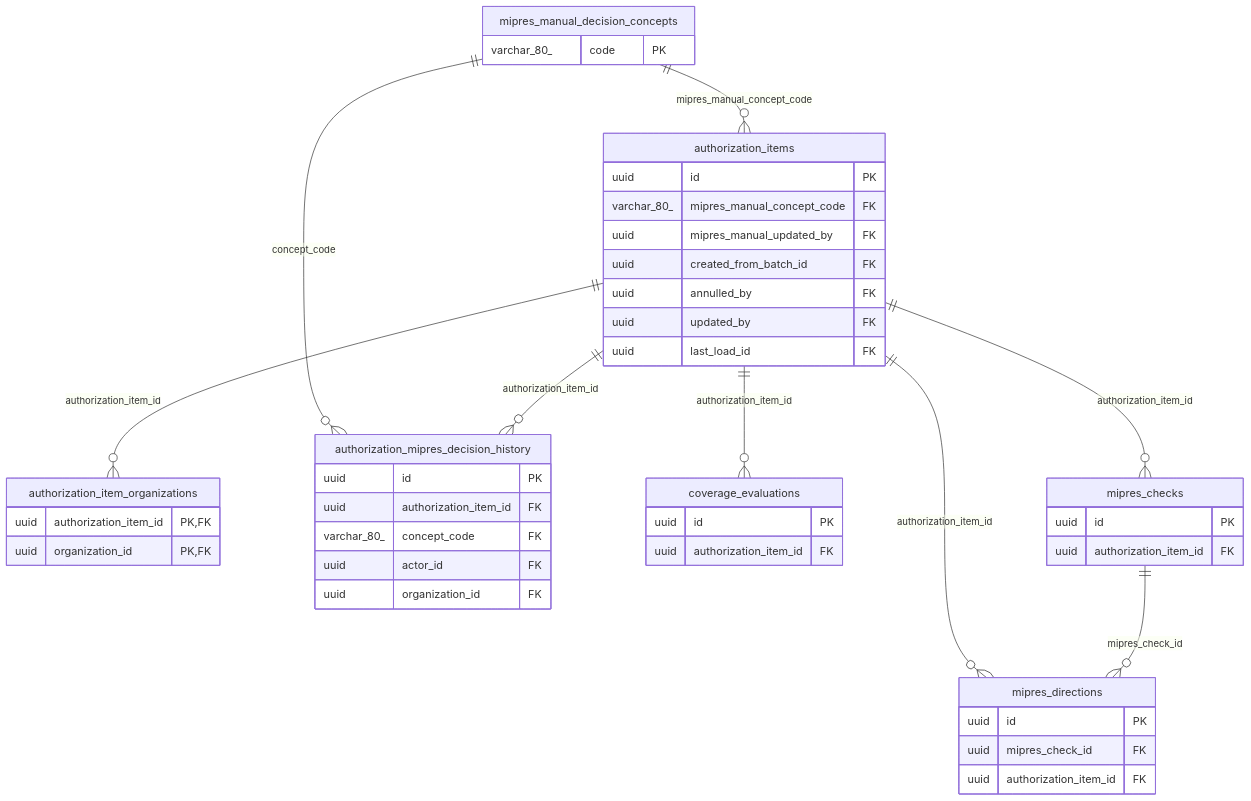
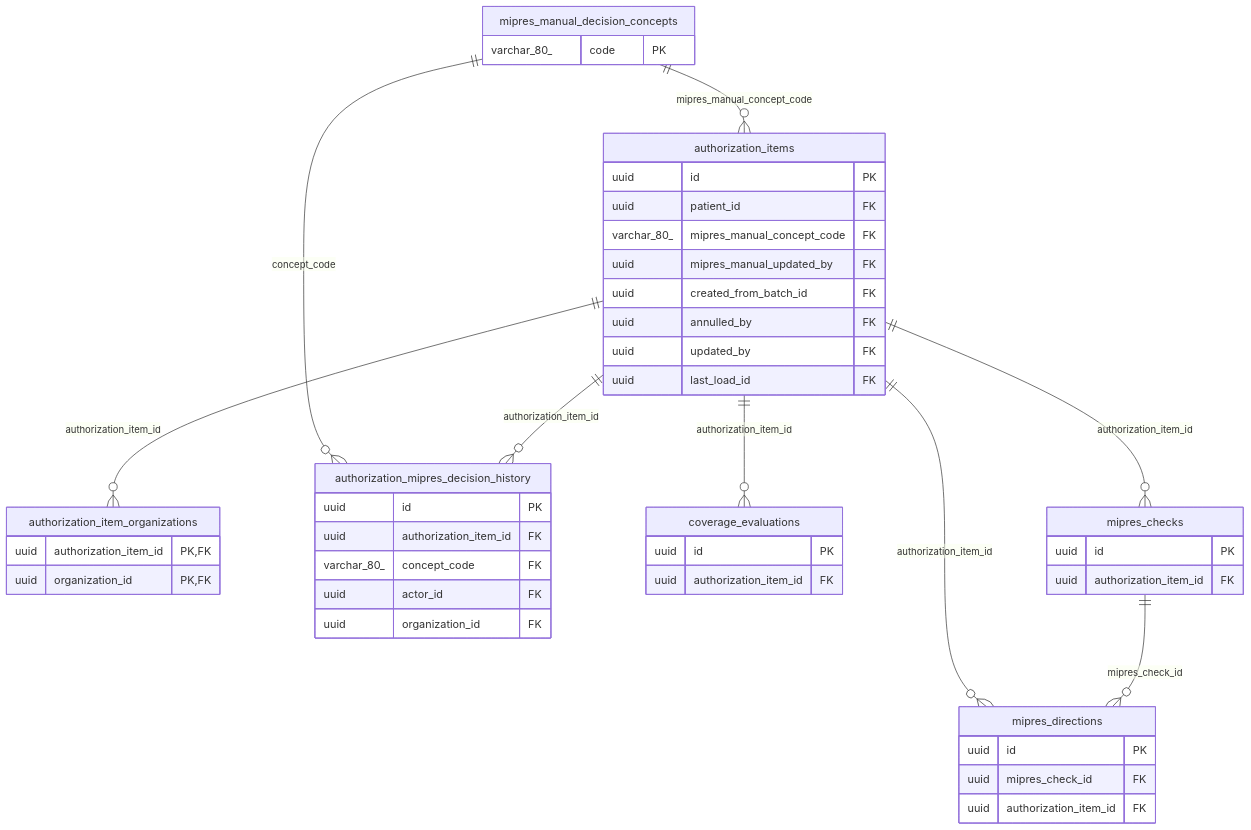
One commit to andresalvarezb/mtd-olp-medicarte changed the diagram in docs/base-de-datos/diagramas/autorizaciones.mmd. Above: the diagram before and after it, drawn with Mermaid. The commit also changed 80 other files, not shown here.

```diff
--- a/docs/base-de-datos/diagramas/autorizaciones.mmd
+++ b/docs/base-de-datos/diagramas/autorizaciones.mmd
@@ -1,46 +1,47 @@
 erDiagram
   authorization_item_organizations {
     uuid authorization_item_id PK,FK
     uuid organization_id PK,FK
   }
   authorization_items {
     uuid id PK
+    uuid patient_id FK
     varchar_80_ mipres_manual_concept_code FK
     uuid mipres_manual_updated_by FK
     uuid created_from_batch_id FK
     uuid annulled_by FK
     uuid updated_by FK
     uuid last_load_id FK
   }
   authorization_mipres_decision_history {
     uuid id PK
     uuid authorization_item_id FK
     varchar_80_ concept_code FK
     uuid actor_id FK
     uuid organization_id FK
   }
   coverage_evaluations {
     uuid id PK
     uuid authorization_item_id FK
   }
   mipres_checks {
     uuid id PK
     uuid authorization_item_id FK
   }
   mipres_directions {
     uuid id PK
     uuid mipres_check_id FK
     uuid authorization_item_id FK
   }
   mipres_manual_decision_concepts {
     varchar_80_ code PK
   }
   authorization_items ||--o{ authorization_item_organizations : "authorization_item_id"
   mipres_manual_decision_concepts ||--o{ authorization_items : "mipres_manual_concept_code"
   authorization_items ||--o{ authorization_mipres_decision_history : "authorization_item_id"
   mipres_manual_decision_concepts ||--o{ authorization_mipres_decision_history : "concept_code"
   authorization_items ||--o{ coverage_evaluations : "authorization_item_id"
   authorization_items ||--o{ mipres_checks : "authorization_item_id"
   mipres_checks ||--o{ mipres_directions : "mipres_check_id"
   authorization_items ||--o{ mipres_directions : "authorization_item_id"
   %% Relaciones entre dominios: consultar schema-index.json / catálogo generado.
```
